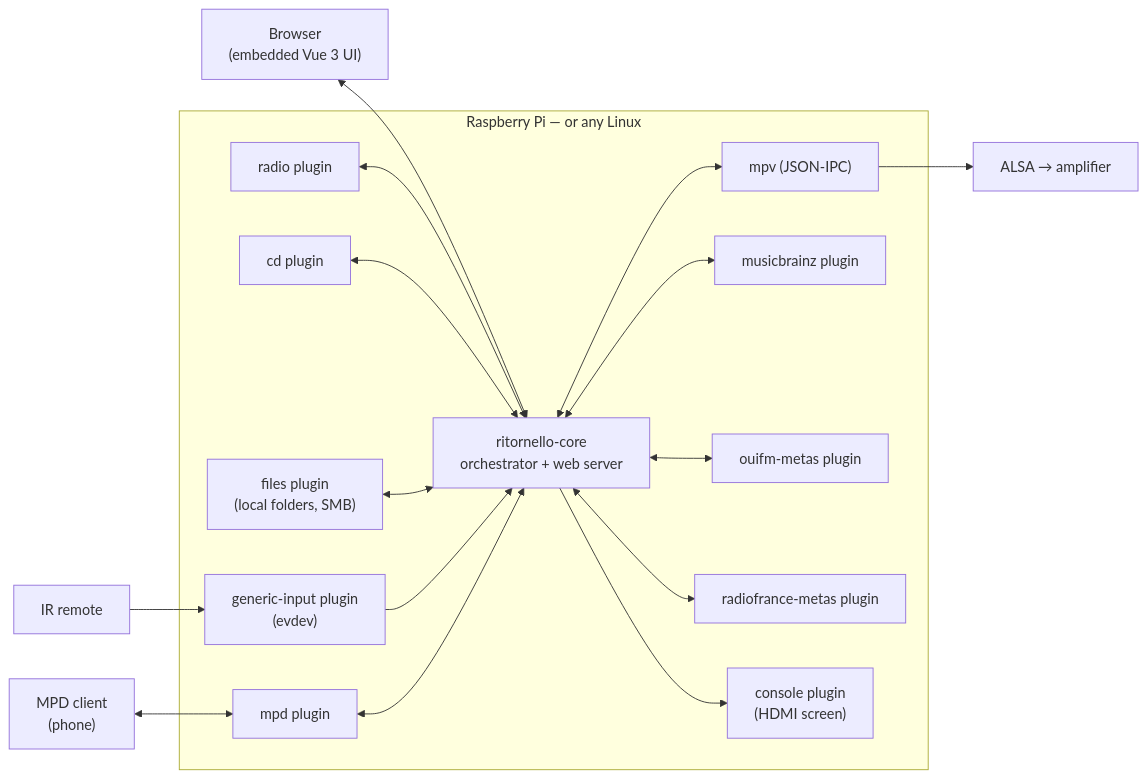
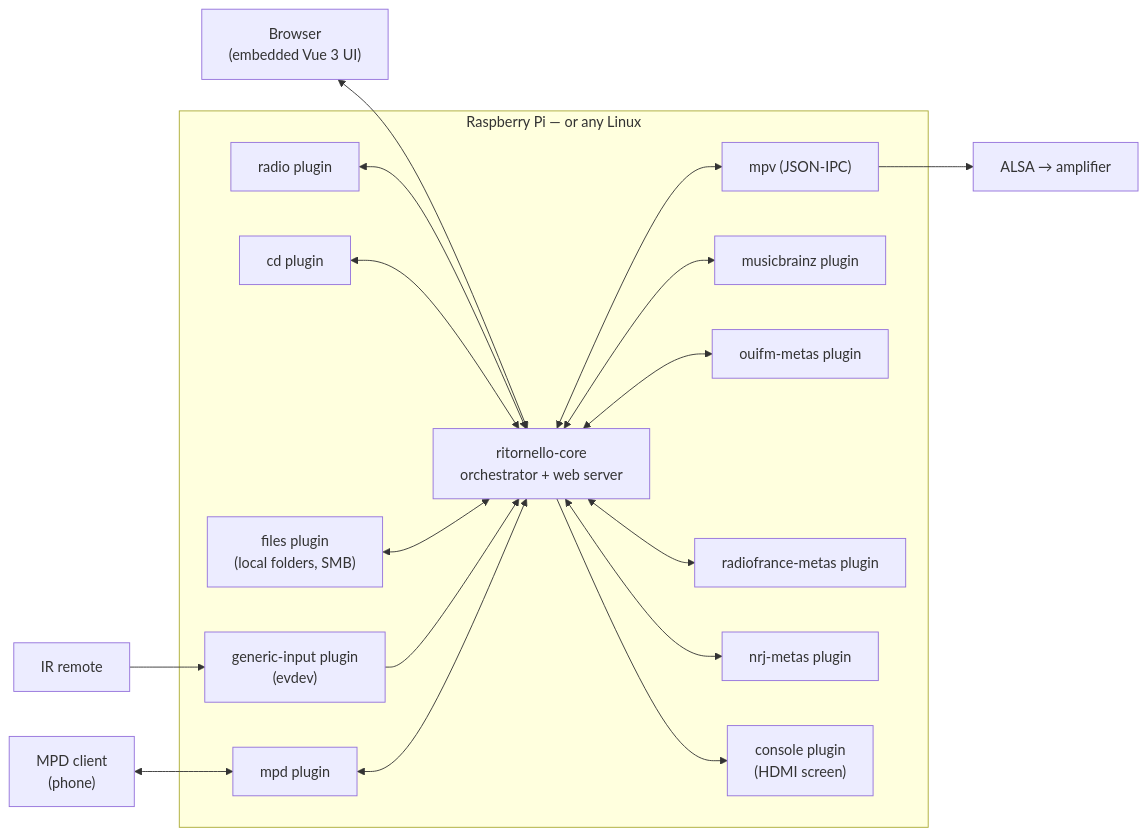
Before and after one commit to skerdudou/ritornello: the diagram in README.md, drawn with Mermaid. The commit also changed other lines of this file and 4 other files, not shown here.

First line of the commit message:
docs(nrj-metas): finish the documentation sweep, and flag the musicbrainz reorder on upgrade

````diff
--- a/README.md
+++ b/README.md
@@ -74,21 +74,22 @@
 ```mermaid
 flowchart LR
     ir["IR remote"] --> input
     browser["Browser<br/>(embedded Vue 3 UI)"] <--> core
     mpdclient["MPD client<br/>(phone)"] <--> mpd
     subgraph device["Raspberry Pi — or any Linux"]
         core["ritornello-core<br/>orchestrator + web server"]
         mpv["mpv (JSON-IPC)"]
         radio["radio plugin"] <--> core
         cd["cd plugin"] <--> core
         files["files plugin<br/>(local folders, SMB)"] <--> core
         core <--> mb["musicbrainz plugin"]
         core <--> ouifm["ouifm-metas plugin"]
         core <--> rf["radiofrance-metas plugin"]
+        core <--> nrj["nrj-metas plugin"]
         input["generic-input plugin<br/>(evdev)"] --> core
         core --> console["console plugin<br/>(HDMI screen)"]
         mpd["mpd plugin"] <--> core
         core <--> mpv
     end
     mpv --> hp["ALSA → amplifier"]
 ```
````
